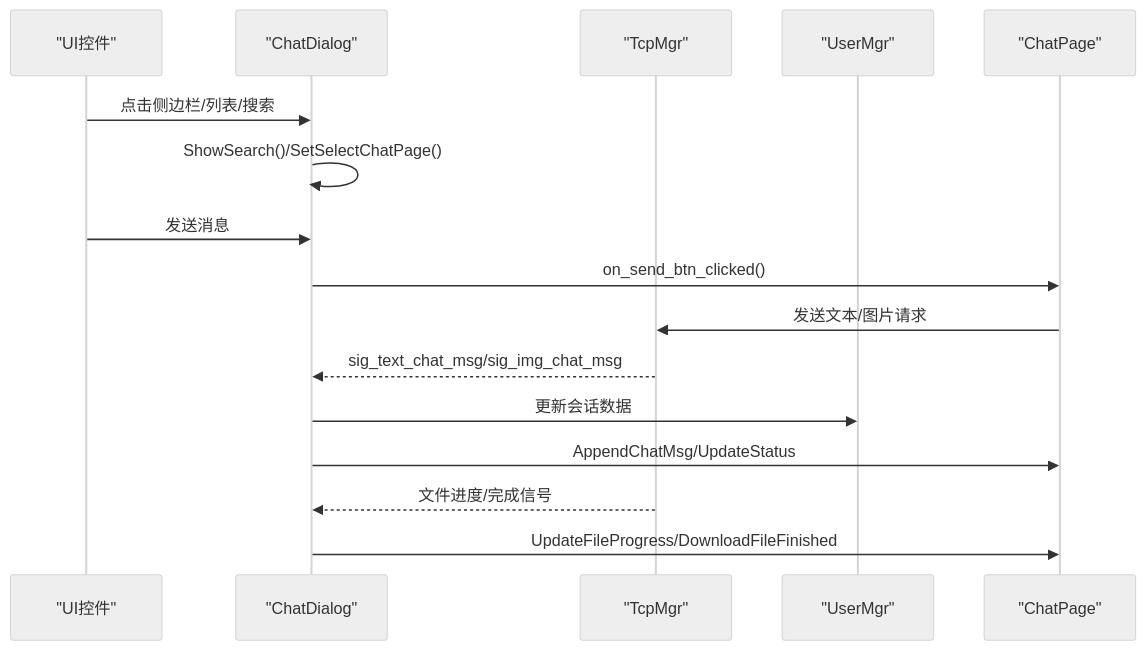
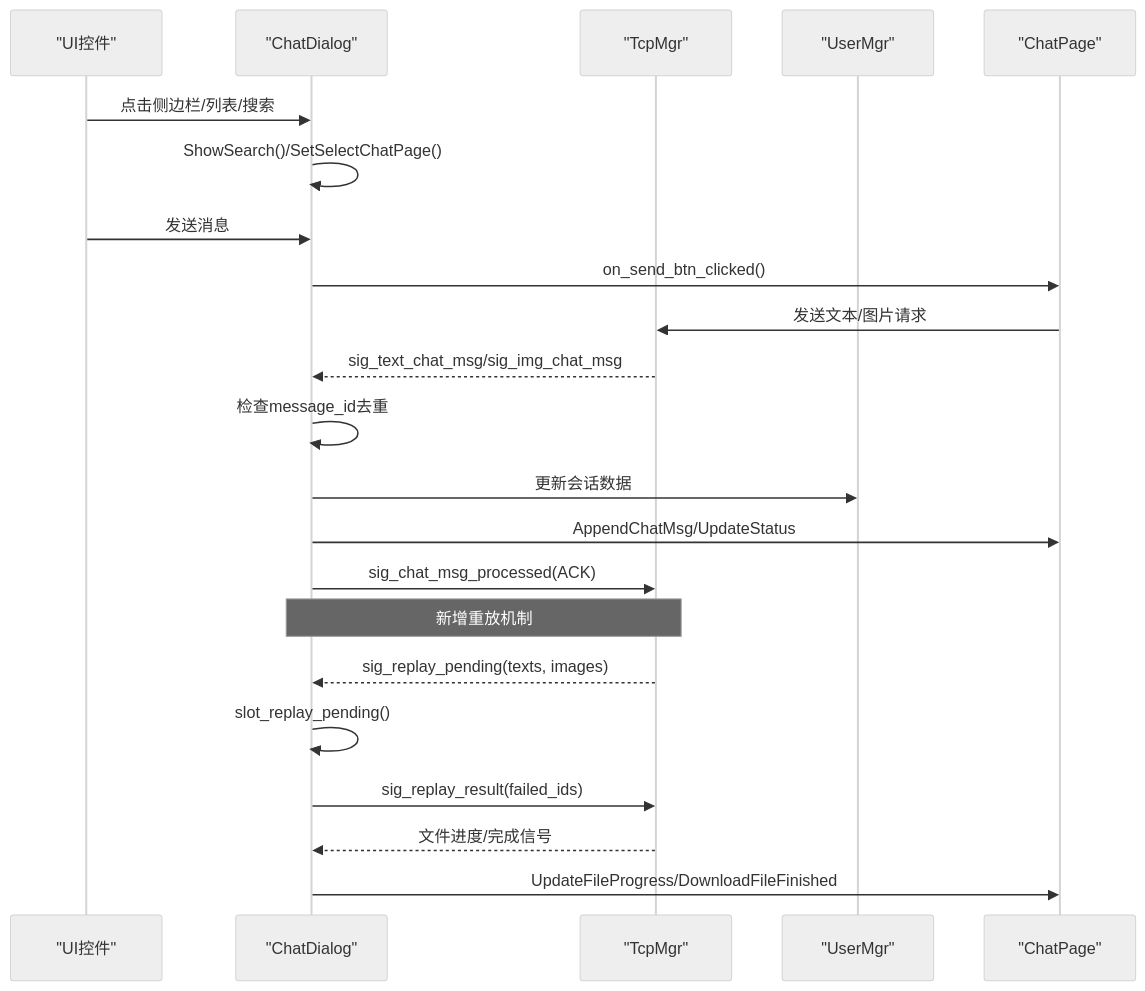
The tenth of 11 diagrams in .qoder/repowiki/zh/content/客户端开发/UI组件设计/聊天对话框组件.md (echo9923/mychatter), drawn with Mermaid (neutral theme) before and after one commit. The commit also changed other lines of this file and 54 other files, not shown here.

````diff
--- a/.qoder/repowiki/zh/content/客户端开发/UI组件设计/聊天对话框组件.md
+++ b/.qoder/repowiki/zh/content/客户端开发/UI组件设计/聊天对话框组件.md
@@ -339,18 +487,24 @@
 ```mermaid
 sequenceDiagram
 participant UI as "UI控件"
 participant CD as "ChatDialog"
 participant TM as "TcpMgr"
 participant UM as "UserMgr"
 participant CP as "ChatPage"
 UI->>CD : 点击侧边栏/列表/搜索
 CD->>CD : ShowSearch()/SetSelectChatPage()
 UI->>CD : 发送消息
 CD->>CP : on_send_btn_clicked()
 CP->>TM : 发送文本/图片请求
 TM-->>CD : sig_text_chat_msg/sig_img_chat_msg
+CD->>CD : 检查message_id去重
 CD->>UM : 更新会话数据
 CD->>CP : AppendChatMsg/UpdateStatus
+CD->>TM : sig_chat_msg_processed(ACK)
+Note over CD,TM : 新增重放机制
+TM-->>CD : sig_replay_pending(texts, images)
+CD->>CD : slot_replay_pending()
+CD->>TM : sig_replay_result(failed_ids)
 TM-->>CD : 文件进度/完成信号
 CD->>CP : UpdateFileProgress/DownloadFileFinished
 ```
````
